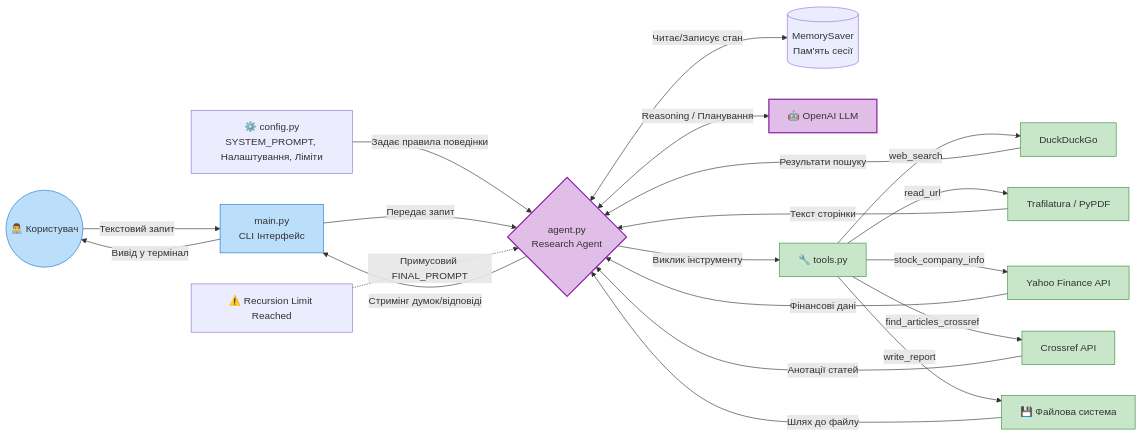
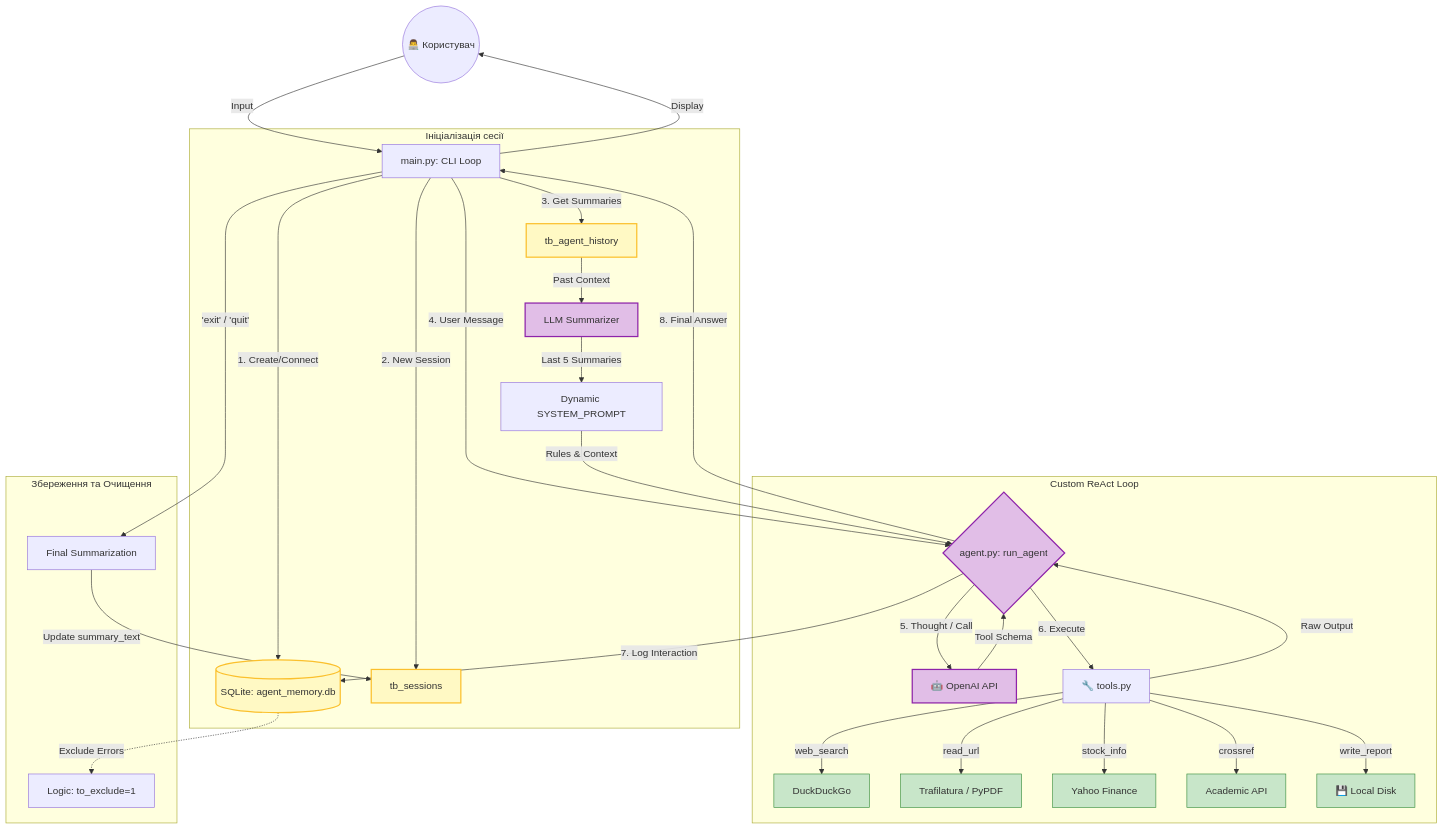
The diagram in homework-lesson-4/README.md (viktor-taraba/MULTI-AGENT-SYSTEMS-course), drawn with Mermaid before and after one commit. The commit also changed other lines of this file, not shown here.

````diff
--- a/homework-lesson-4/README.md
+++ b/homework-lesson-4/README.md
@@ -66,37 +66,48 @@
 ```mermaid
-graph LR
-    User((👨‍💻 Користувач)) -->|Текстовий запит| Main[main.py<br/>CLI Інтерфейс]
+graph TD
+    User((👨‍💻 Користувач)) -->|Input| Main[main.py: CLI Loop]
+    
+    subgraph Initialization [Ініціалізація сесії]
+        Main -->|1. Create/Connect| DB[(SQLite: agent_memory.db)]
+        Main -->|2. New Session| Session[tb_sessions]
+        Main -->|3. Get Summaries| History[tb_agent_history]
+        History -->|Past Context| Summarizer[LLM Summarizer]
+        Summarizer -->|Last 5 Summaries| DynPrompt[Dynamic SYSTEM_PROMPT]
+    end
 
-    Config[⚙️ config.py<br/>SYSTEM_PROMPT, Налаштування, Ліміти] -->|Задає правила поведінки| Agent
-    Main -->|Передає запит| Agent{agent.py<br/>Research Agent}
+    subgraph ReAct_Loop [Custom ReAct Loop]
+        Main -->|4. User Message| Agent{agent.py: run_agent}
+        DynPrompt -->|Rules & Context| Agent
+        
+        Agent -->|5. Thought / Call| LLM[🤖 OpenAI API]
+        LLM -->|Tool Schema| Agent
+        
+        Agent -->|6. Execute| Tools[🔧 tools.py]
+        
+        Tools -->|web_search| Web[DuckDuckGo]
+        Tools -->|read_url| URL[Trafilatura / PyPDF]
+        Tools -->|stock_info| Fin[Yahoo Finance]
+        Tools -->|crossref| Sci[Academic API]
+        Tools -->|write_report| Save[💾 Local Disk]
+        
+        Tools -->|Raw Output| Agent
+        Agent -->|7. Log Interaction| DB
+    end
+
+    subgraph Persistence [Збереження та Очищення]
+        DB -.->|Exclude Errors| Cleanup[Logic: to_exclude=1]
+        Main -->|'exit' / 'quit'| SummarizeNow[Final Summarization]
+        SummarizeNow -->|Update summary_text| Session
+    end
+
+    Agent -->|8. Final Answer| Main
+    Main -->|Display| User
+
+    classDef database fill:#fff9c4,stroke:#fbc02d,stroke-width:2px;
+    classDef logic fill:#e1bee7,stroke:#8e24aa,stroke-width:2px;
+    classDef external fill:#c8e6c9,stroke:#388e3c,stroke-width:1px;
     
-    Agent <-->|Читає/Записує стан| Memory[(MemorySaver<br/>Пам'ять сесії)]
-    Agent <-->|Reasoning / Планування| LLM[🤖 OpenAI LLM]
-    
-    Agent -->|Виклик інструменту| Tools[🔧 tools.py]
-    
-    Tools -->|web_search| Web[DuckDuckGo]
-    Tools -->|read_url| URL[Trafilatura / PyPDF]
-    Tools -->|stock_company_info| Fin[Yahoo Finance API]
-    Tools -->|find_articles_crossref| Sci[Crossref API]
-    Tools -->|write_report| Save[💾 Файлова система]
-    
-    Web -->|Результати пошуку| Agent
-    URL -->|Текст сторінки| Agent
-    Fin -->|Фінансові дані| Agent
-    Sci -->|Анотації статей| Agent
-    Save -->|Шлях до файлу| Agent
-    
-    Agent -->|Стримінг думок/відповіді| Main
-    Main -->|Вивід у термінал| User
-    
-    Fallback[⚠️ Recursion Limit Reached] -.->|Примусовий FINAL_PROMPT| Agent
-    
-    classDef core fill:#e1bee7,stroke:#8e24aa,stroke-width:2px;
-    classDef io fill:#bbdefb,stroke:#1976d2,stroke-width:1px;
-    classDef tool fill:#c8e6c9,stroke:#388e3c,stroke-width:1px;
-    class Agent,LLM core;
-    class User,Main io;
-    class Tools,Web,URL,Fin,Sci,Save tool;
-    class Config conf;
+    class DB,Session,History database;
+    class Agent,LLM,Summarizer logic;
+    class Web,URL,Fin,Sci,Save external;
 ```
````
